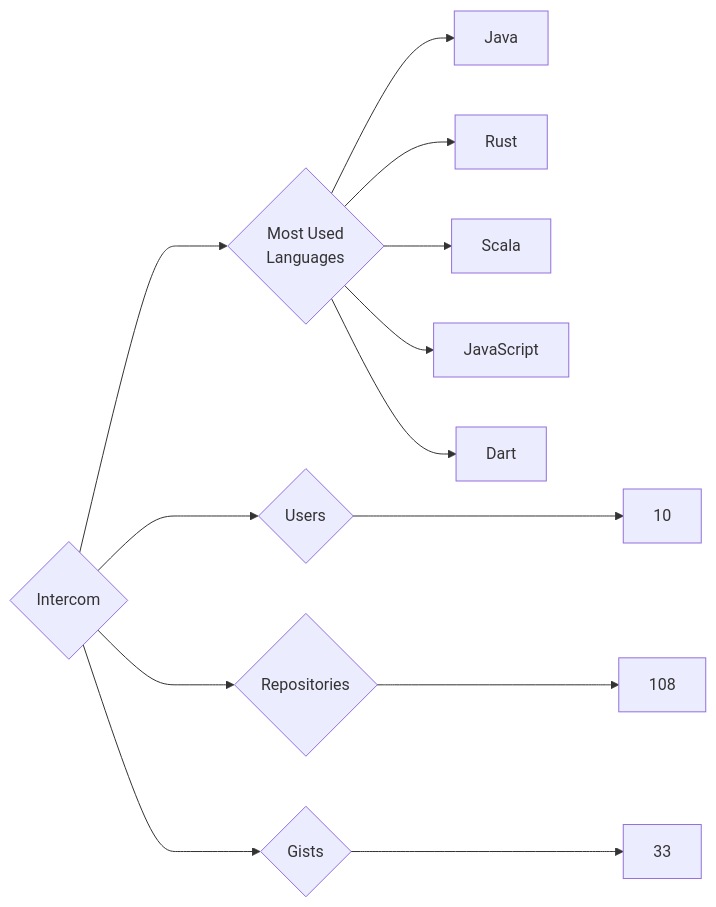
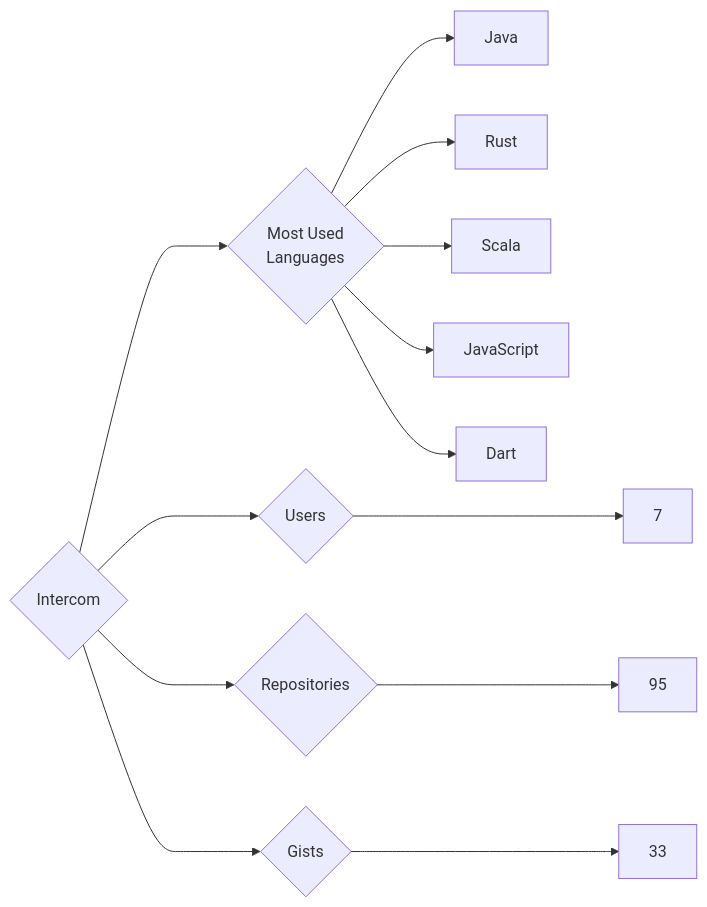
Before and after one commit to trickest/insiders: the diagram in targets/Intercom/README.md, drawn with Mermaid. The commit also changed 1148 other files, not shown here.

````diff
--- a/targets/Intercom/README.md
+++ b/targets/Intercom/README.md
@@ -3,13 +3,13 @@
 ```mermaid
 graph LR
 COMPANY_NAME{Intercom}
-COMPANY_NAME ---> U{Users} ---> UN[10]
-COMPANY_NAME ---> R{Repositories} ---> RN[108]
+COMPANY_NAME ---> U{Users} ---> UN[7]
+COMPANY_NAME ---> R{Repositories} ---> RN[95]
 COMPANY_NAME ---> G{Gists} ---> GN[33]
 COMPANY_NAME ---> ML{Most Used<br>Languages}
 ML --> Java[Java]
 ML --> Rust[Rust]
 ML --> Scala[Scala]
 ML --> JavaScript[JavaScript]
 ML --> Dart[Dart]
 ```
````
